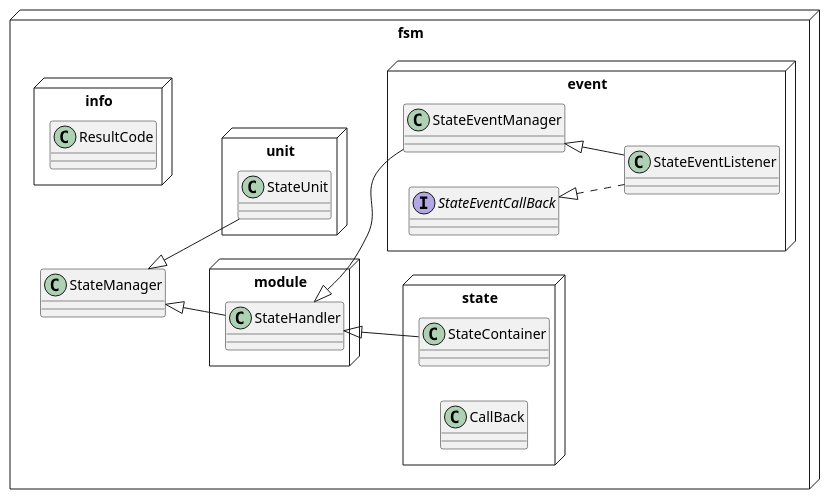
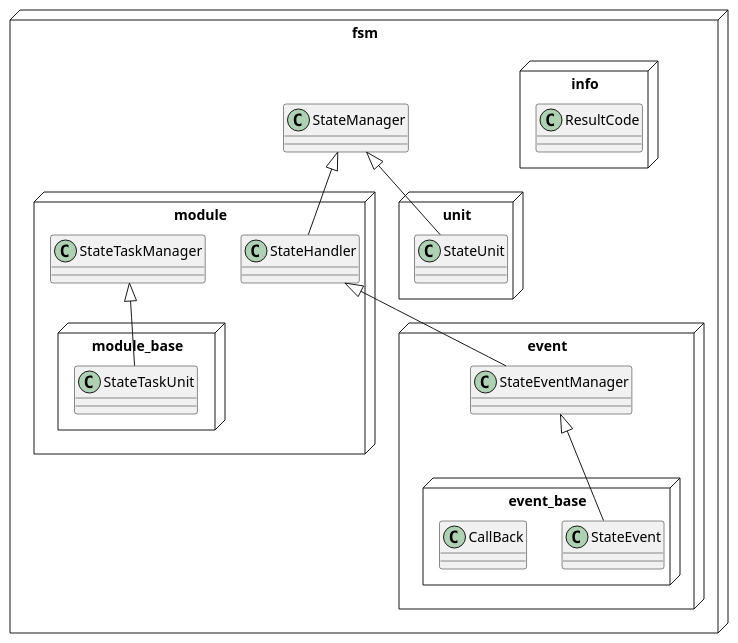
Before and after one commit to James-Jeong/FSMManager: the diagram in FSMManager/src/main/resources/uml/umediafsm_uml.puml, drawn with PlantUML. The commit also changed 25 other files, not shown here.

Commit message:
# 변경사항 1. UML 업데이트 2. StateHandler 중복 사용 코드 삭제 3. FailEvent 에도 매개변수 추가 4. FailEvent 실행 시 Thread Pooling 하지 않고 처리

```diff
--- a/FSMManager/src/main/resources/uml/umediafsm_uml.puml
+++ b/FSMManager/src/main/resources/uml/umediafsm_uml.puml
@@ -1,40 +1,42 @@
 @startuml
 
-left to right direction
+'left to right direction
 
 package fsm <<Node>> {
     class StateManager
 
     package module <<Node>> {
         class StateHandler
+        class StateTaskManager
+
+        package module_base <<Node>> {
+            class StateTaskUnit
+        }
     }
 
     package unit <<Node>> {
         class StateUnit
     }
 
-    package state <<Node>> {
-        class StateContainer
-        class CallBack
-    }
-
     package event <<Node>> {
         class StateEventManager
-        class StateEventListener implements StateEventCallBack
-        interface StateEventCallBack
+
+        package event_base <<Node>> {
+            class StateEvent
+            class CallBack
+        }
     }
 
     package info <<Node>> {
         class ResultCode
     }
 }
 
 StateManager <|-- StateHandler
 StateManager <|-- StateUnit
 
-StateHandler <|-- StateContainer
 StateHandler <|-- StateEventManager
-
-StateEventManager <|-- StateEventListener
+StateTaskManager <|-- StateTaskUnit
+StateEventManager <|-- StateEvent
 
 @enduml
```
